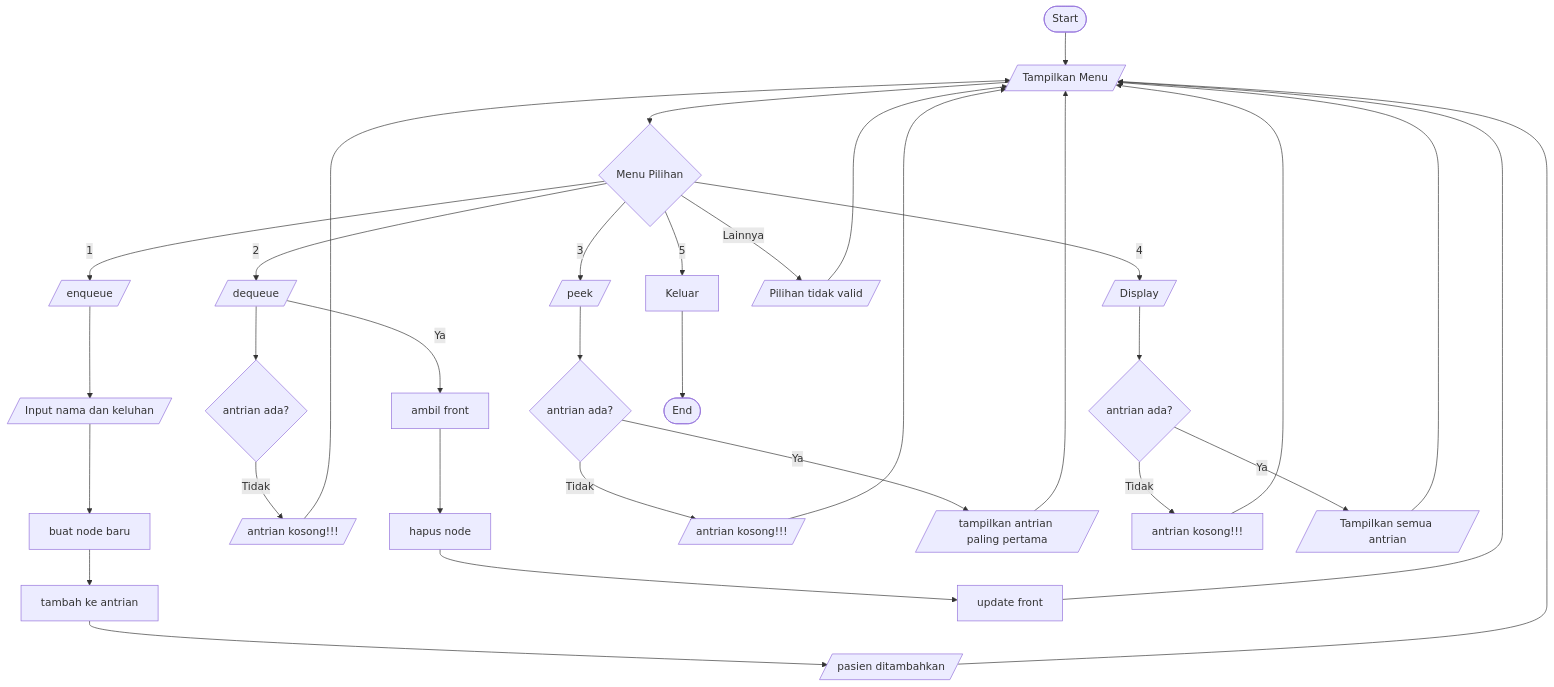
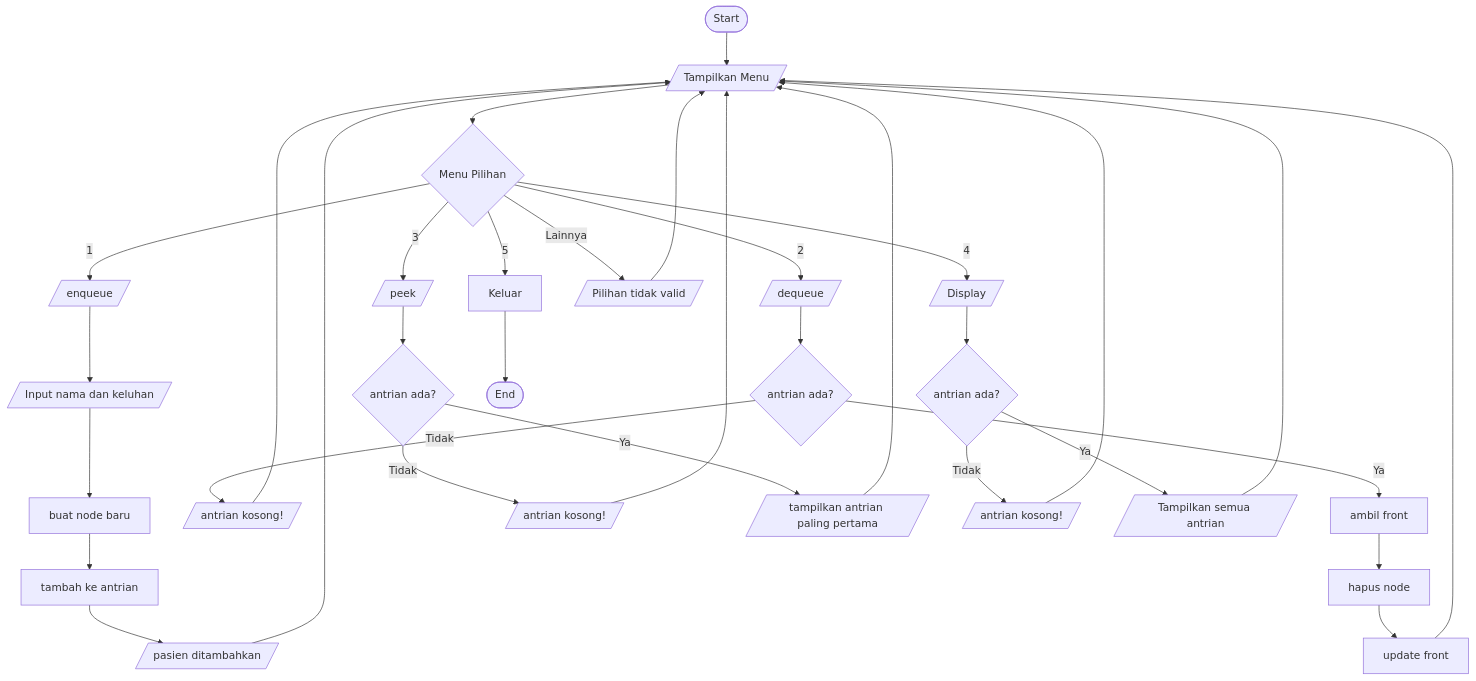
Before and after one commit to ryoteguh/PROJECT-UTS-STRUKTUR-DATA: the diagram in README.md, drawn with Mermaid. The commit also changed other lines of this file, not shown here.

````diff
--- a/README.md
+++ b/README.md
@@ -38,41 +38,41 @@
 ```mermaid
 flowchart TD
     A([Start]) --> B[/Tampilkan Menu/]
     B --> C{Menu Pilihan}
 
     C -->|1| D[/enqueue/]
     D --> E[/Input nama dan keluhan/]
     E --> F[buat node baru]
     F --> G[tambah ke antrian]
     G --> H[/pasien ditambahkan/]
     H --> B
 
     C -->|2| I[/dequeue/]
     I --> J{antrian ada?}
-    J -->|Tidak| K[/antrian kosong!!!/]
+    J -->|Tidak| K[/antrian kosong!/]
     K --> B
-    I -->|Ya| L[ambil front]
+    J -->|Ya| L[ambil front]
     L --> M[hapus node]
     M --> O[update front]
     O --> B
 
     C -->|3| P[/peek/]
     P --> R{antrian ada?}
-    R -->|Tidak| S[/antrian kosong!!!/]
+    R -->|Tidak| S[/antrian kosong!/]
     S --> B
     R -->|Ya| T[/tampilkan antrian paling pertama/]
     T --> B
 
     C -->|4| U[/Display/]
     U --> V{antrian ada?}
-    V -->|Tidak| W[antrian kosong!!!]
+    V -->|Tidak| W[/antrian kosong!/]
     W --> B
     V -->|Ya| X[/Tampilkan semua antrian/]
     X --> B
 
     C -->|5| Y[Keluar]
     Y --> Z([End])
 
     C -->|Lainnya| Nue[/Pilihan tidak valid/]
     Nue --> B
 ```
````
